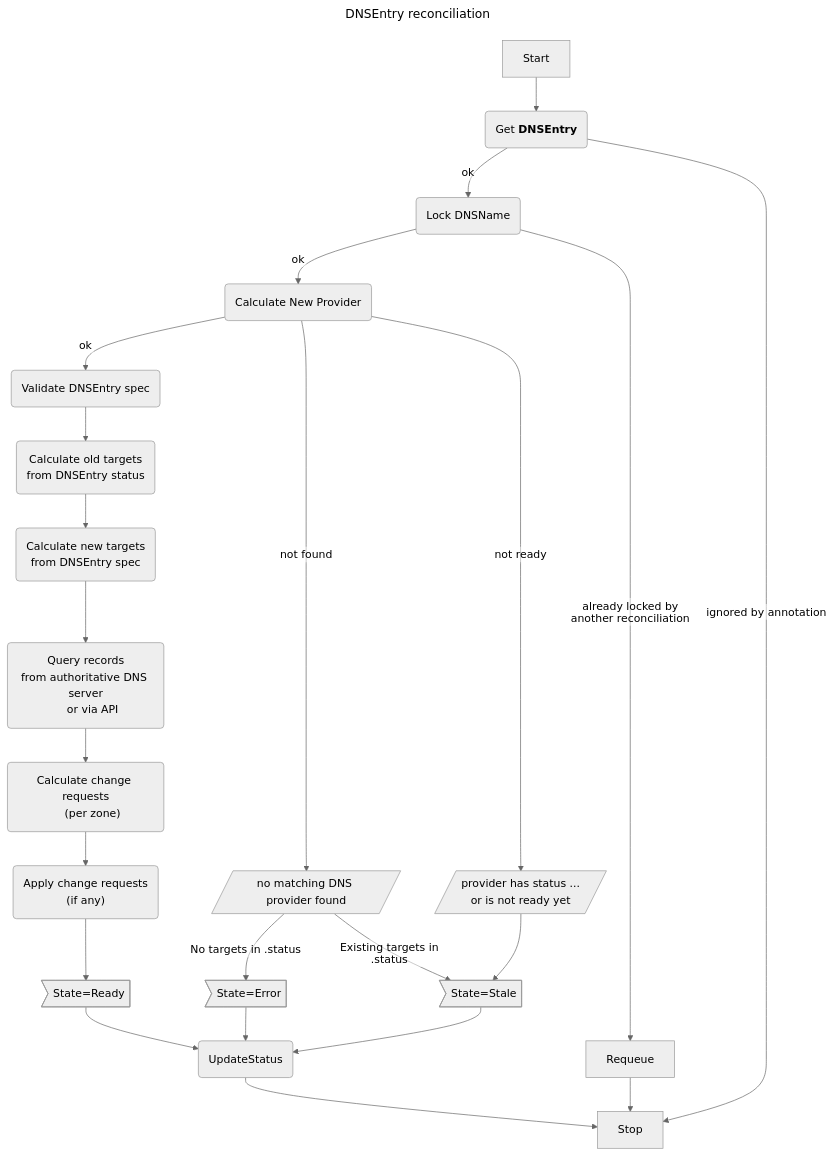
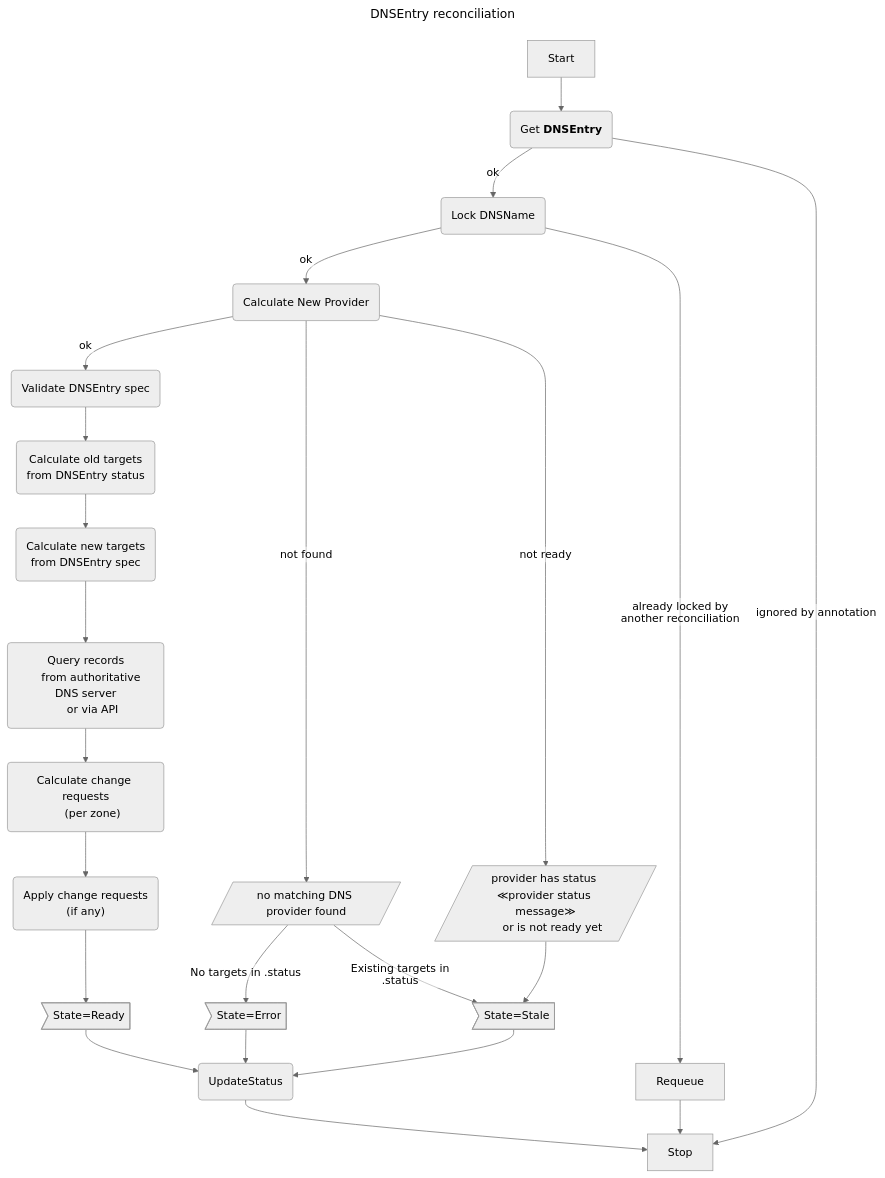
The diagram in docs/dnsman2/development/dnsentry-reconciliation.md (gardener/external-dns-management), drawn with Mermaid (neutral theme) before and after one commit. The commit also changed 2 other files, not shown here.

Commit message:
address review feedback

````diff
--- a/docs/dnsman2/development/dnsentry-reconciliation.md
+++ b/docs/dnsman2/development/dnsentry-reconciliation.md
@@ -12,52 +12,54 @@
 ```mermaid
 ---
 title: DNSEntry reconciliation
 config:
   flowchart:
     htmlLabels: false
 ---
 flowchart TD
     Get("`Get **DNSEntry**`")
     Requeue["Requeue"]
     LockName("Lock DNSName")
     CalcNewProvider("Calculate New Provider")
     UpdateStatus("UpdateStatus")
     StateReady>"State=Ready"]
     StateStale>"State=Stale"]
     StateError>"State=Error"]
     Validate("Validate DNSEntry spec")
     CalcOldTargets("Calculate old targets
     from DNSEntry status")
     CalcNewTargets("Calculate new targets
     from DNSEntry spec")
-    QueryRecords("Query records\nfrom authoritative DNS server
+    QueryRecords("Query records
+    from authoritative DNS server
     or via API")
     CalculateChanges("Calculate change requests
     (per zone)")
     ApplyChangeRequests("Apply change requests
     (if any)")
     NoMatchingTxt[/"no matching DNS provider found"/]
-    ProviderNotReadyTxt[/"provider has status ...
+    ProviderNotReadyTxt[/"provider has status ≪provider status message≫
     or is not ready yet"/]
     
     Start --> Get
     Get -->|ok| LockName
     Get -->|ignored by annotation| Stop
     LockName -->|ok| CalcNewProvider
-    LockName -->|already locked by\nanother reconciliation| Requeue --> Stop
+    LockName -->|"already locked by
+    another reconciliation"| Requeue --> Stop
     CalcNewProvider -->|ok| Validate
     CalcNewProvider -->|not found| NoMatchingTxt
     NoMatchingTxt -->|"No targets in .status"| StateError
     NoMatchingTxt -->|"Existing targets in .status"| StateStale
     Validate --> CalcOldTargets
     CalcNewProvider -->|not ready| ProviderNotReadyTxt --> StateStale
     CalcOldTargets --> CalcNewTargets
     CalcNewTargets --> QueryRecords
     QueryRecords --> CalculateChanges
     CalculateChanges --> ApplyChangeRequests
     ApplyChangeRequests --> StateReady
     StateStale --> UpdateStatus
     StateError --> UpdateStatus
     StateReady --> UpdateStatus
     UpdateStatus --> Stop
 ```
````
